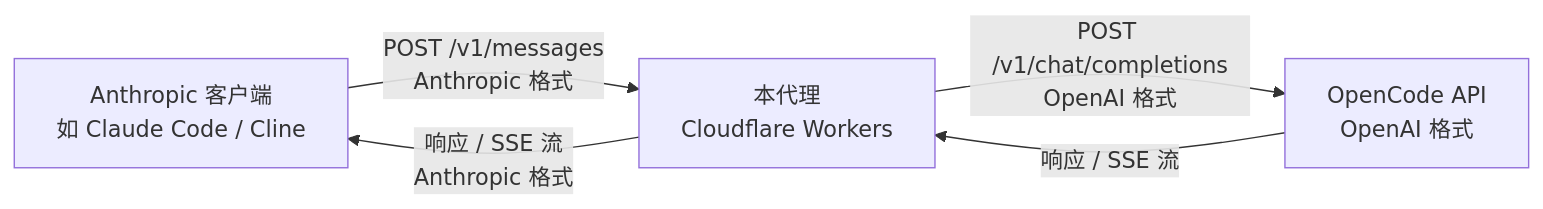
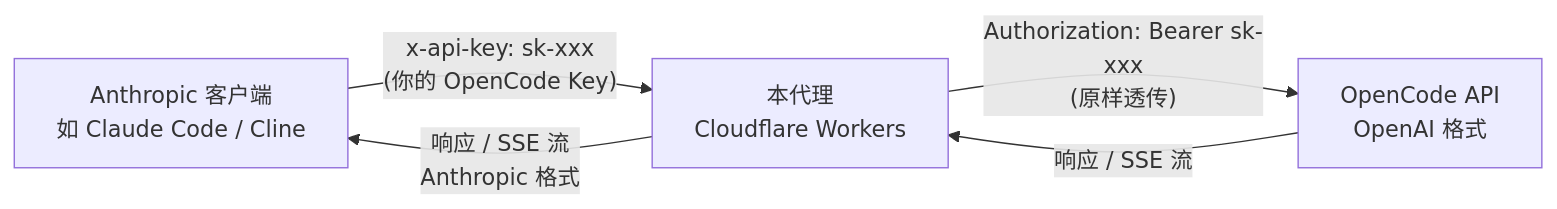
One commit to MC-XiaoHei/opencode-anthropic-proxy changed the diagram in README.md. Above: the diagram before and after it, drawn with Mermaid. The commit also changed other lines of this file and 1 other file, not shown here.

````diff
--- a/README.md
+++ b/README.md
@@ -9,11 +11,11 @@
 ```mermaid
 flowchart LR
     Client[Anthropic 客户端<br/>如 Claude Code / Cline]
     Proxy[本代理<br/>Cloudflare Workers]
     OpenCode[OpenCode API<br/>OpenAI 格式]
     
-    Client -- "POST /v1/messages<br/>Anthropic 格式" --> Proxy
-    Proxy -- "POST /v1/chat/completions<br/>OpenAI 格式" --> OpenCode
+    Client -- "x-api-key: sk-xxx<br/>(你的 OpenCode Key)" --> Proxy
+    Proxy -- "Authorization: Bearer sk-xxx<br/>(原样透传)" --> OpenCode
     OpenCode -- "响应 / SSE 流" --> Proxy
     Proxy -- "响应 / SSE 流<br/>Anthropic 格式" --> Client
 ```
````
